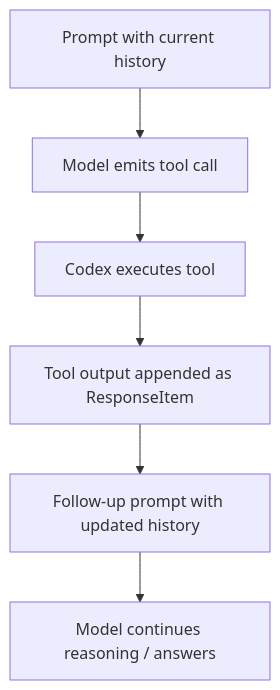
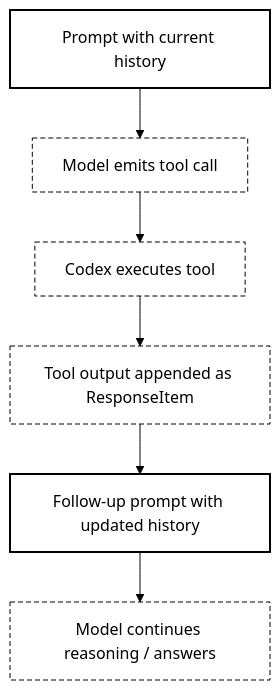
Before and after one commit to inputhacker/KnowledgeBase: the second of 2 diagrams in agentic_workflow/codex_agentic_workflow/codex_prompt_assembly_deep_dive.md, drawn with Mermaid. The commit also changed other lines of this file and 1 other file, not shown here.

Commit message:
docs: improve mermaid contrast in Codex workflow docs

````diff
--- a/agentic_workflow/codex_agentic_workflow/codex_prompt_assembly_deep_dive.md
+++ b/agentic_workflow/codex_agentic_workflow/codex_prompt_assembly_deep_dive.md
@@ -363,11 +365,18 @@
 ```mermaid
+%%{init: {"theme":"base","themeVariables":{"primaryColor":"#ffffff","primaryTextColor":"#000000","primaryBorderColor":"#000000","lineColor":"#000000","secondaryColor":"#ffffff","tertiaryColor":"#ffffff","clusterBkg":"#ffffff","clusterBorder":"#000000","edgeLabelBackground":"#ffffff"}}}%%
 flowchart TD
     P1[Prompt with current history]
     M1[Model emits tool call]
     T1[Codex executes tool]
     R1[Tool output appended as ResponseItem]
     P2[Follow-up prompt with updated history]
     M2[Model continues reasoning / answers]
 
     P1 --> M1 --> T1 --> R1 --> P2 --> M2
+
+    classDef plain fill:#fff,stroke:#000,color:#000,stroke-width:1px;
+    classDef focus fill:#fff,stroke:#000,color:#000,stroke-width:2px;
+    classDef dashed fill:#fff,stroke:#000,color:#000,stroke-dasharray: 5 3;
+    class P1,P2 focus;
+    class M1,T1,R1,M2 dashed;
 ```
````
